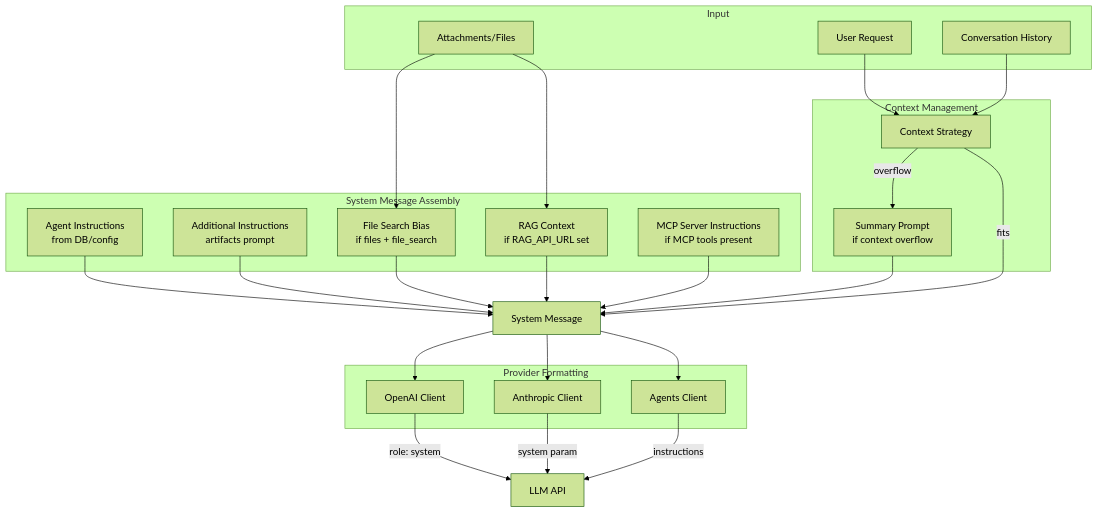
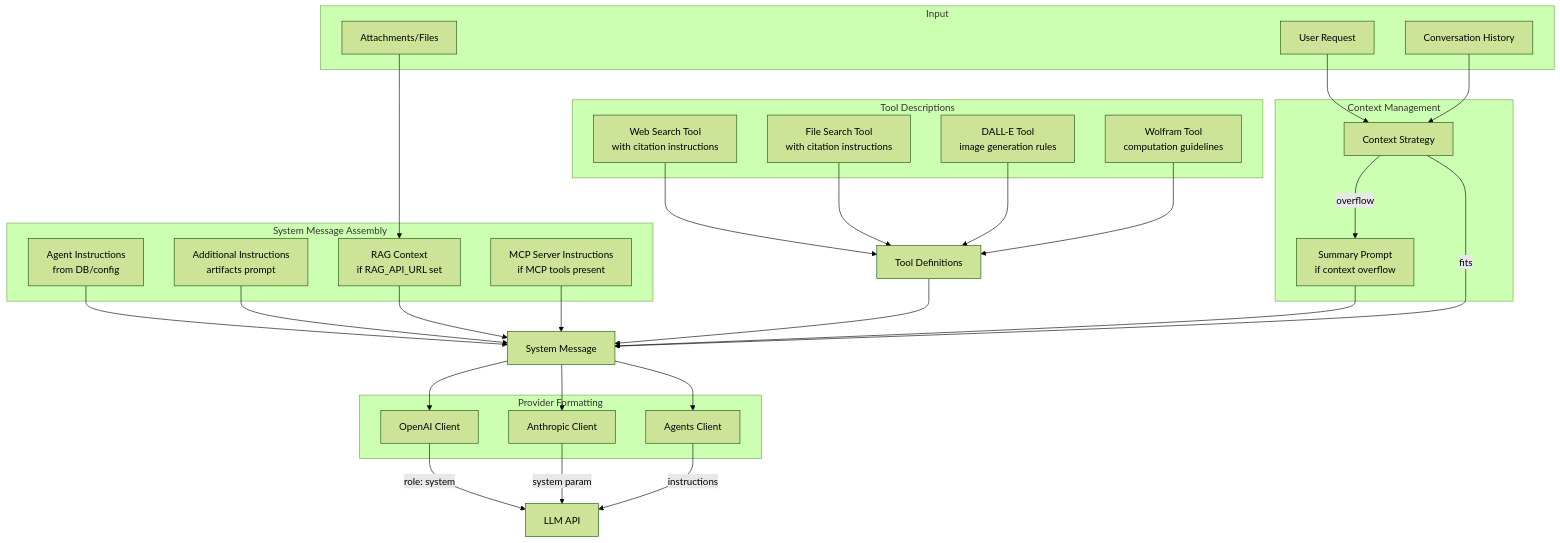
Before and after one commit to Gradient-DS/soev.ai: the first of 4 diagrams in prompts.md, drawn with Mermaid (forest theme). The commit also changed other lines of this file and 1 other file, not shown here.

````diff
--- a/prompts.md
+++ b/prompts.md
@@ -29,50 +32,60 @@
 ```mermaid
 flowchart TD
     subgraph Input
         UR[User Request]
         CH[Conversation History]
         AT[Attachments/Files]
     end
 
     subgraph "System Message Assembly"
         AI[Agent Instructions<br/>from DB/config]
         AAI[Additional Instructions<br/>artifacts prompt]
-        FSB[File Search Bias<br/>if files + file_search]
         RAG[RAG Context<br/>if RAG_API_URL set]
         MCP[MCP Server Instructions<br/>if MCP tools present]
+    end
+
+    subgraph "Tool Descriptions"
+        WS[Web Search Tool<br/>with citation instructions]
+        FS[File Search Tool<br/>with citation instructions]
+        DALLE[DALL-E Tool<br/>image generation rules]
+        WOLF[Wolfram Tool<br/>computation guidelines]
     end
 
     subgraph "Context Management"
         CS[Context Strategy]
         SUM[Summary Prompt<br/>if context overflow]
     end
 
     subgraph "Provider Formatting"
         OAI[OpenAI Client]
         ANT[Anthropic Client]
         AGT[Agents Client]
     end
 
     UR --> CS
     CH --> CS
-    AT --> FSB
     AT --> RAG
 
     AI --> SM[System Message]
     AAI --> SM
-    FSB --> SM
     RAG --> SM
     MCP --> SM
+
+    WS --> TD[Tool Definitions]
+    FS --> TD
+    DALLE --> TD
+    WOLF --> TD
+    TD --> SM
 
     CS --> |overflow| SUM
     SUM --> SM
     CS --> |fits| SM
 
     SM --> OAI
     SM --> ANT
     SM --> AGT
 
     OAI --> |"role: system"| API[LLM API]
     ANT --> |"system param"| API
     AGT --> |"instructions"| API
 ```
````
